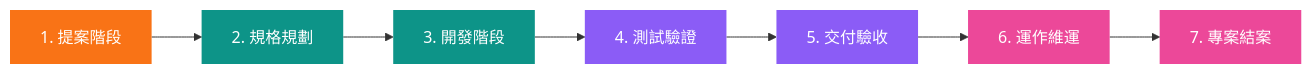
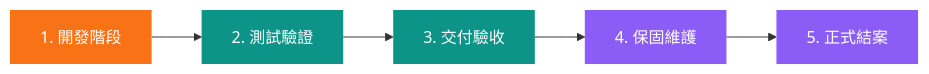
One commit to kawawei/liheng-system changed the third of 4 diagrams in 需求/1_產品規格文檔_PRD.md. Above: the diagram before and after it, drawn with Mermaid. The commit also changed other lines of this file and 13 other files, not shown here.

Commit message:
feat(wbs): support chartering modal, duration calculation, tax inclusive/exclusive math, dynamic payment stages, 5-stage lifecycle, and change orders

````diff
--- a/需求/1_產品規格文檔_PRD.md
+++ b/需求/1_產品規格文檔_PRD.md
@@ -141,14 +141,12 @@
 ```mermaid
 graph LR
     classDef level1 fill:#f97316,stroke:none,color:white;
     classDef level2 fill:#0d9488,stroke:none,color:white;
     classDef level3 fill:#8b5cf6,stroke:none,color:white;
     classDef level4 fill:#ec4899,stroke:none,color:white;
 
-    S1[1. 提案階段]:::level1 --> S2[2. 規格規劃]:::level2
-    S2 --> S3[3. 開發階段]:::level2
-    S3 --> S4[4. 測試驗證]:::level3
-    S4 --> S5[5. 交付驗收]:::level3
-    S5 --> S6[6. 運作維運]:::level4
-    S6 --> S7[7. 專案結案]:::level4
+    S1[1. 開發階段]:::level1 --> S2[2. 測試驗證]:::level2
+    S2 --> S3[3. 交付驗收]:::level2
+    S3 --> S4[4. 保固維護]:::level3
+    S4 --> S5[5. 正式結案]:::level3
 ```
````
